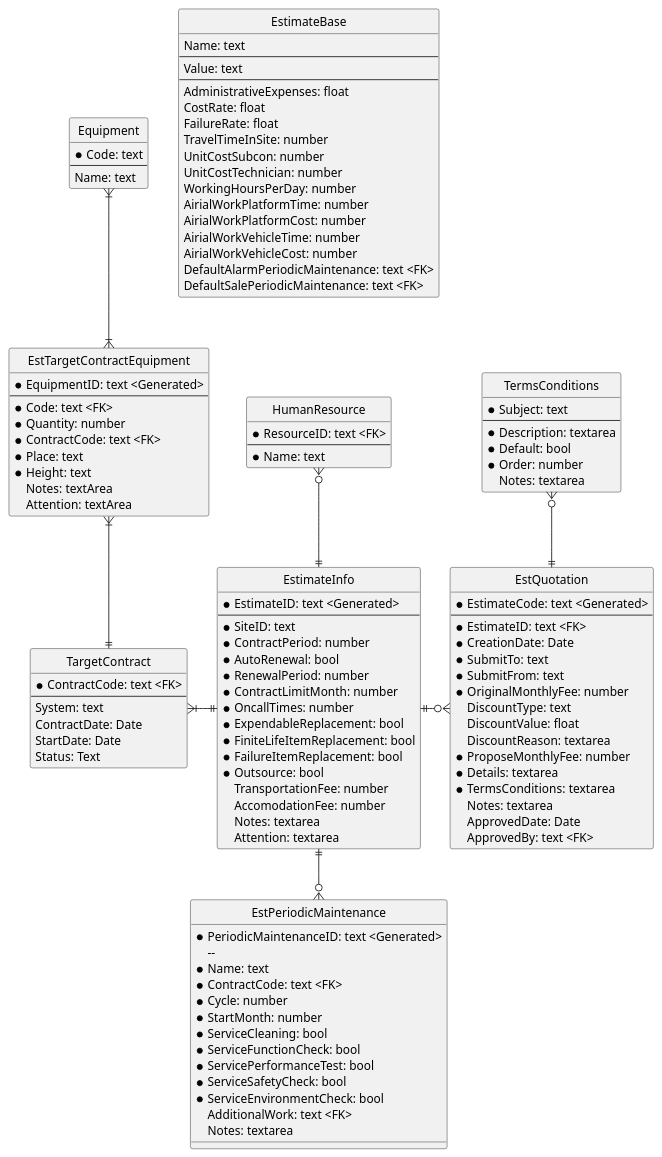
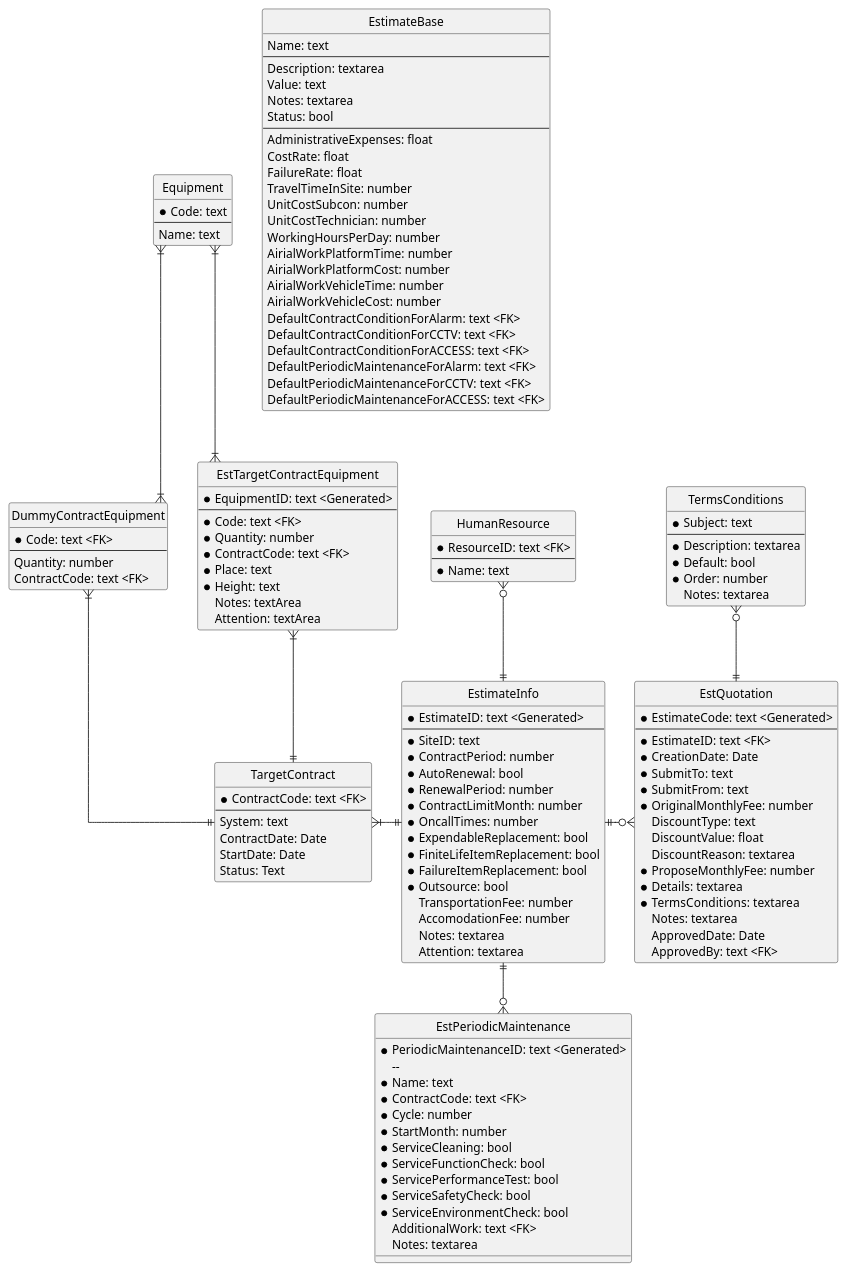
Before and after one commit to himiz6912/mms: the diagram in er_estimate.pu, drawn with PlantUML. The commit also changed 4 other files, not shown here.

```diff
--- a/er_estimate.pu
+++ b/er_estimate.pu
@@ -1,134 +1,149 @@
 @startuml
 hide circle
 skinparam linetype ortho
 
 entity EstimateBase {
     Name: text
     --
+    Description: textarea
     Value: text
+    Notes: textarea
+    Status: bool
     --
     AdministrativeExpenses: float
     CostRate: float
     FailureRate: float
     TravelTimeInSite: number
     UnitCostSubcon: number
     UnitCostTechnician: number
     WorkingHoursPerDay: number
     AirialWorkPlatformTime: number
     AirialWorkPlatformCost: number
     AirialWorkVehicleTime: number
     AirialWorkVehicleCost: number
-    DefaultAlarmPeriodicMaintenance: text <FK>
-    DefaultSalePeriodicMaintenance: text <FK>
+    DefaultContractConditionForAlarm: text <FK>
+    DefaultContractConditionForCCTV: text <FK>
+    DefaultContractConditionForACCESS: text <FK>
+    DefaultPeriodicMaintenanceForAlarm: text <FK>
+    DefaultPeriodicMaintenanceForCCTV: text <FK>
+    DefaultPeriodicMaintenanceForACCESS: text <FK>
 }
 ' use key-value model because calculation method is different.
 
 entity EstimateInfo {
     * EstimateID: text <Generated>
     --
     * SiteID: text
     * ContractPeriod: number
     * AutoRenewal: bool
     * RenewalPeriod: number
     * ContractLimitMonth: number
     * OncallTimes: number
     * ExpendableReplacement: bool
     * FiniteLifeItemReplacement: bool
     * FailureItemReplacement: bool
     * Outsource: bool
     TransportationFee: number
     AccomodationFee: number
     Notes: textarea
     Attention: textarea
 }
 
 entity TargetContract {
     * ContractCode: text <FK>
     --
     System: text
     ContractDate: Date
     StartDate: Date
     Status: Text
+}
+entity DummyContractEquipment {
+    * Code: text <FK>
+    --
+    Quantity: number
+    ContractCode: text <FK>
 }
 ' It's for demo, actually use CMS of each company.
 
 entity EstTargetContractEquipment {
     * EquipmentID: text <Generated>
     --
     * Code: text <FK>
     * Quantity: number
     * ContractCode: text <FK>
     * Place: text
     * Height: text
     Notes: textArea
     Attention: textArea
 }
 ' ContractCode can be set estimate code also.
 ' Height: Normal height/ Airial work platform/ Airial Work vehicle
 
 entity EstPeriodicMaintenance {
    * PeriodicMaintenanceID: text <Generated>
     --
     * Name: text
     * ContractCode: text <FK>
     * Cycle: number
     * StartMonth: number
     * ServiceCleaning: bool
     * ServiceFunctionCheck: bool
     * ServicePerformanceTest: bool
     * ServiceSafetyCheck: bool
     * ServiceEnvironmentCheck: bool
     AdditionalWork: text <FK>
     Notes: textarea
 }
 
 entity Equipment {
     * Code: text
     --
     Name: text
 }
 
 entity HumanResource {
     * ResourceID: text <FK>
     --
     * Name: text
 }
 
 entity EstQuotation {
     * EstimateCode: text <Generated>
     --
     * EstimateID: text <FK>
     * CreationDate: Date
     * SubmitTo: text
     * SubmitFrom: text
     * OriginalMonthlyFee: number
     DiscountType: text
     DiscountValue: float
     DiscountReason: textarea
     * ProposeMonthlyFee: number
     * Details: textarea
     * TermsConditions: textarea
     Notes: textarea
     ApprovedDate: Date
     ApprovedBy: text <FK>
 }
 ' DiscountType: Percentage/ Fixed fee/
 
 entity TermsConditions {
     * Subject: text
     --
     * Description: textarea
     * Default: bool
     * Order: number 
     Notes: textarea
 }
 
 Equipment }|-d-|{ EstTargetContractEquipment
+Equipment }|-d-|{ DummyContractEquipment
 HumanResource }o--|| EstimateInfo
 EstimateInfo ||-l-|{ TargetContract
 EstTargetContractEquipment }|--|| TargetContract
+DummyContractEquipment }|--|| TargetContract
 EstimateInfo ||--o{ EstPeriodicMaintenance
 TermsConditions }o--|| EstQuotation
 EstimateInfo ||-r-o{ EstQuotation
 
 @enduml
```
